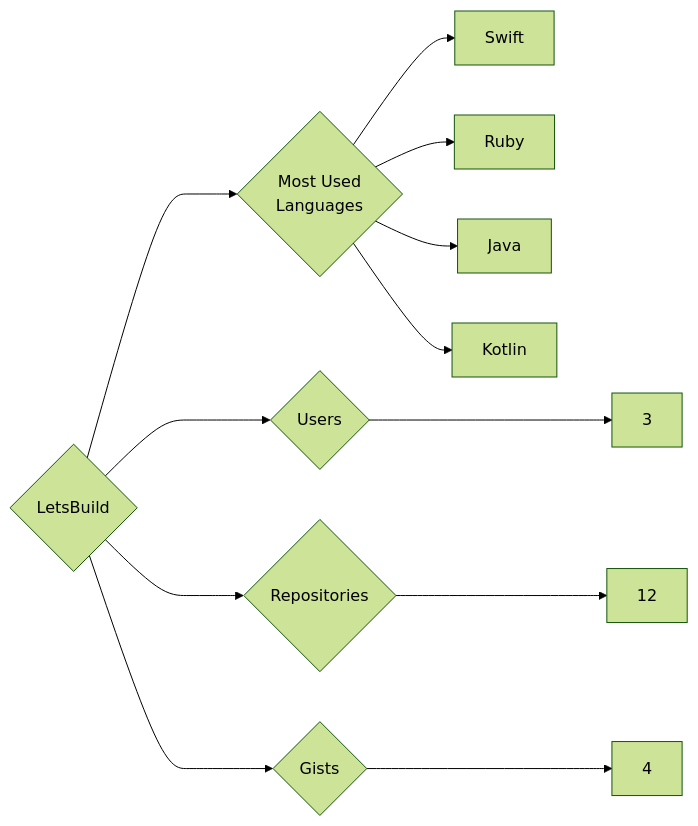
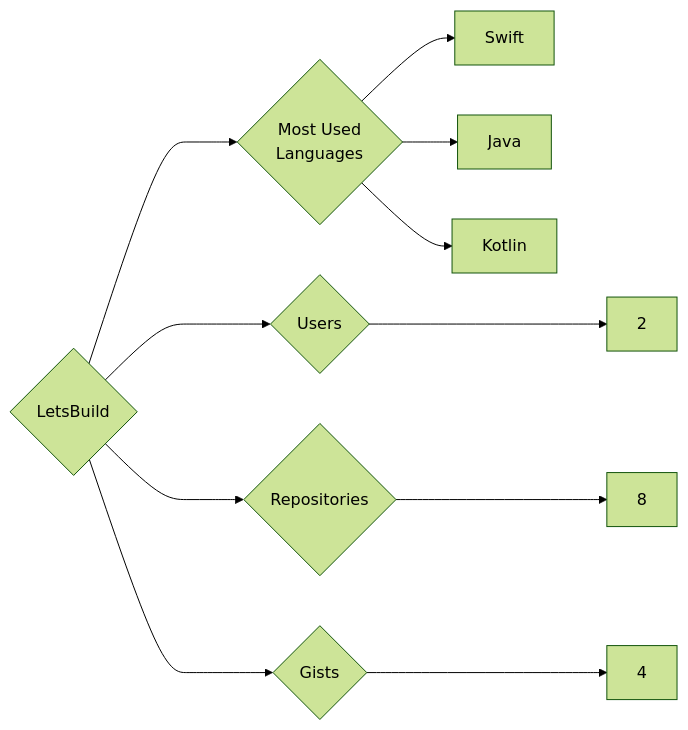
Before and after one commit to trickest/insiders: the diagram in targets/LetsBuild/README.md, drawn with Mermaid (forest theme). The commit also changed 874 other files, not shown here.

````diff
--- a/targets/LetsBuild/README.md
+++ b/targets/LetsBuild/README.md
@@ -3,12 +3,11 @@
 ```mermaid
 graph LR
 COMPANY_NAME{LetsBuild}
-COMPANY_NAME ---> U{Users} ---> UN[3]
-COMPANY_NAME ---> R{Repositories} ---> RN[12]
+COMPANY_NAME ---> U{Users} ---> UN[2]
+COMPANY_NAME ---> R{Repositories} ---> RN[8]
 COMPANY_NAME ---> G{Gists} ---> GN[4]
 COMPANY_NAME ---> ML{Most Used<br>Languages}
 ML --> Swift[Swift]
-ML --> Ruby[Ruby]
 ML --> Java[Java]
 ML --> Kotlin[Kotlin]
 ```
````
